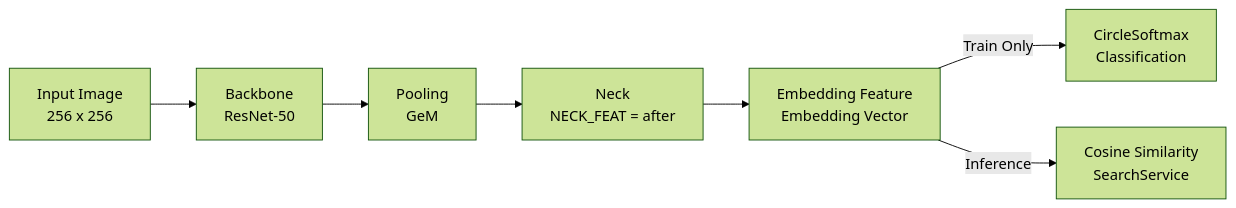
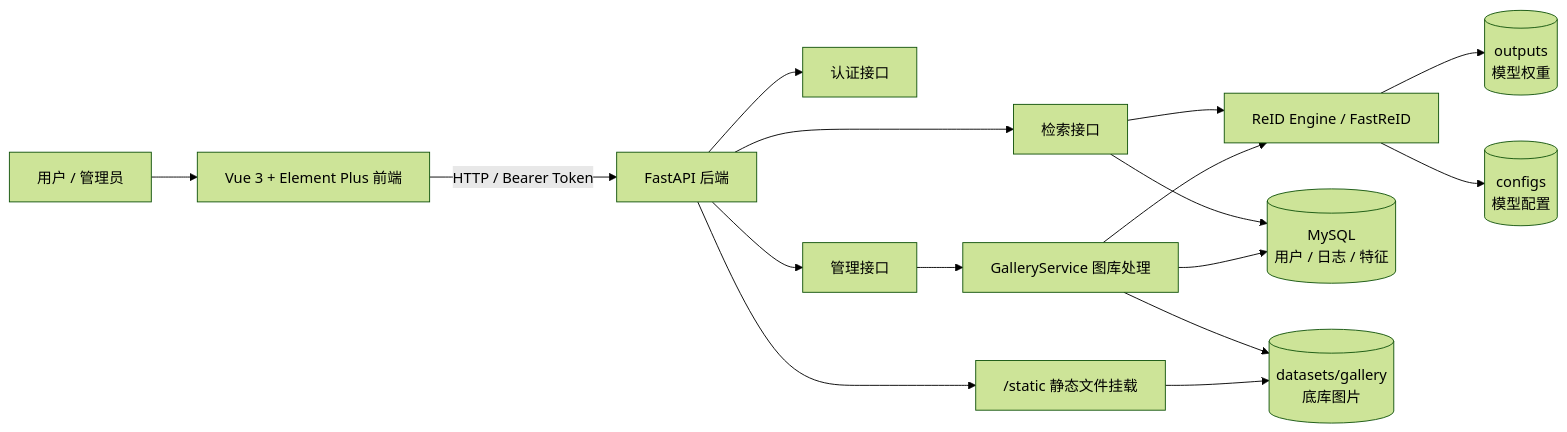
The fourth of 5 diagrams in readme.md (Rand0MGG/vehicle-reid-system), drawn with Mermaid (forest theme) before and after one commit. The commit also changed other lines of this file and 9 other files, not shown here.

````diff
--- a/readme.md
+++ b/readme.md
@@ -817,9 +313,18 @@
 ```mermaid
 flowchart LR
-  IN["Input Image<br/>256 x 256"] --> BB["Backbone<br/>ResNet-50"]
-  BB --> POOL["Pooling<br/>GeM"]
-  POOL --> NECK["Neck<br/>NECK_FEAT = after"]
-  NECK --> EMB["Embedding Feature<br/>Embedding Vector"]
-  EMB -->|Train Only| CLS["CircleSoftmax<br/>Classification"]
-  EMB -->|Inference| SIM["Cosine Similarity<br/>SearchService"]
+  U["用户 / 管理员"] --> F["Vue 3 + Element Plus 前端"]
+  F -->|"HTTP / Bearer Token"| B["FastAPI 后端"]
+  B --> A["认证接口"]
+  B --> M["管理接口"]
+  B --> S["检索接口"]
+  S --> E["ReID Engine / FastReID"]
+  M --> G["GalleryService 图库处理"]
+  G --> E
+  S --> DB[("MySQL<br/>用户 / 日志 / 特征")]
+  G --> DB
+  G --> D[("datasets/gallery<br/>底库图片")]
+  B --> Static["/static 静态文件挂载"]
+  Static --> D
+  E --> W[("outputs<br/>模型权重")]
+  E --> C[("configs<br/>模型配置")]
 ```
````
